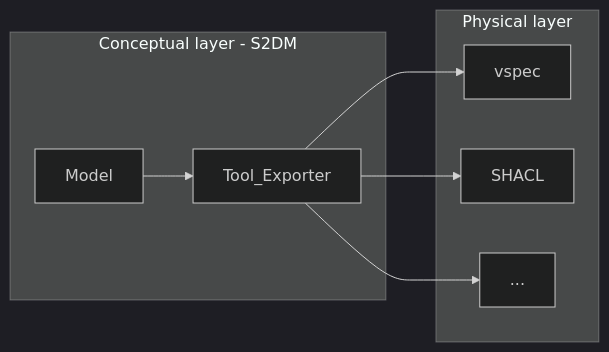
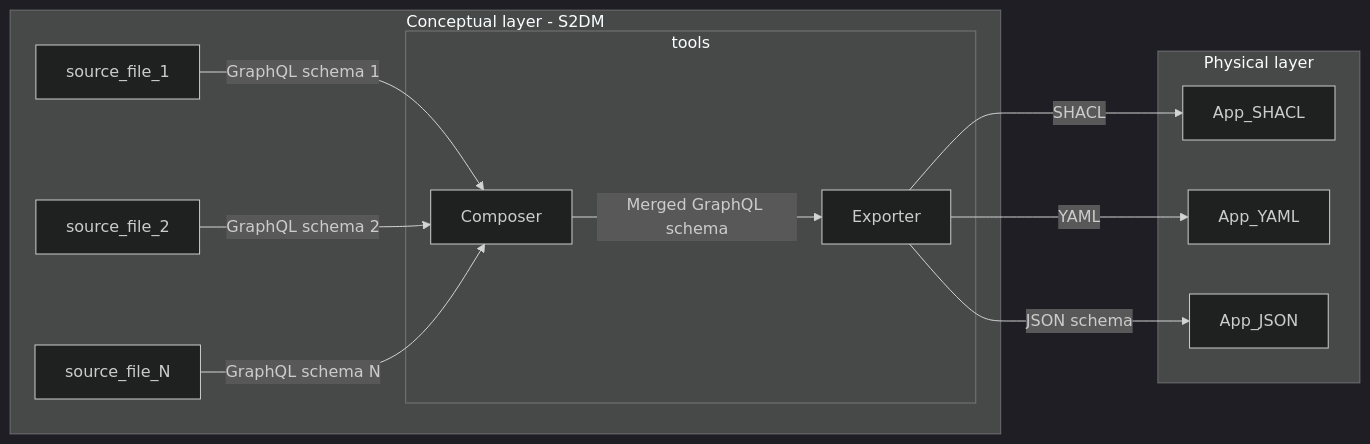
Before and after one commit to ahmdmhd/s2dm: the first of 8 diagrams in src/tools/README.md, drawn with Mermaid (dark theme). The commit also changed other lines of this file and 3 other files, not shown here.

````diff
--- a/src/tools/README.md
+++ b/src/tools/README.md
@@ -37,16 +3,24 @@
 ```mermaid
 graph LR
   subgraph Conceptual layer - S2DM
-    Model
-    Tool_Exporter
+    source_file_1
+    source_file_2
+    source_file_N
+    subgraph tools
+      Composer
+      Exporter
+    end
   end
   subgraph Physical layer
-    vspec
-    SHACL
-    ...
+    App_SHACL
+    App_YAML
+    App_JSON
   end
-  Model --> Tool_Exporter
-  Tool_Exporter --> vspec
-  Tool_Exporter --> SHACL
-  Tool_Exporter --> ...
+  source_file_1 --GraphQL schema 1--> Composer
+  source_file_2 --GraphQL schema 2--> Composer
+  source_file_N --GraphQL schema N--> Composer
+  Composer --Merged GraphQL schema--> Exporter
+  Exporter --SHACL--> App_SHACL
+  Exporter --YAML--> App_YAML
+  Exporter --JSON schema--> App_JSON
 ```
````
